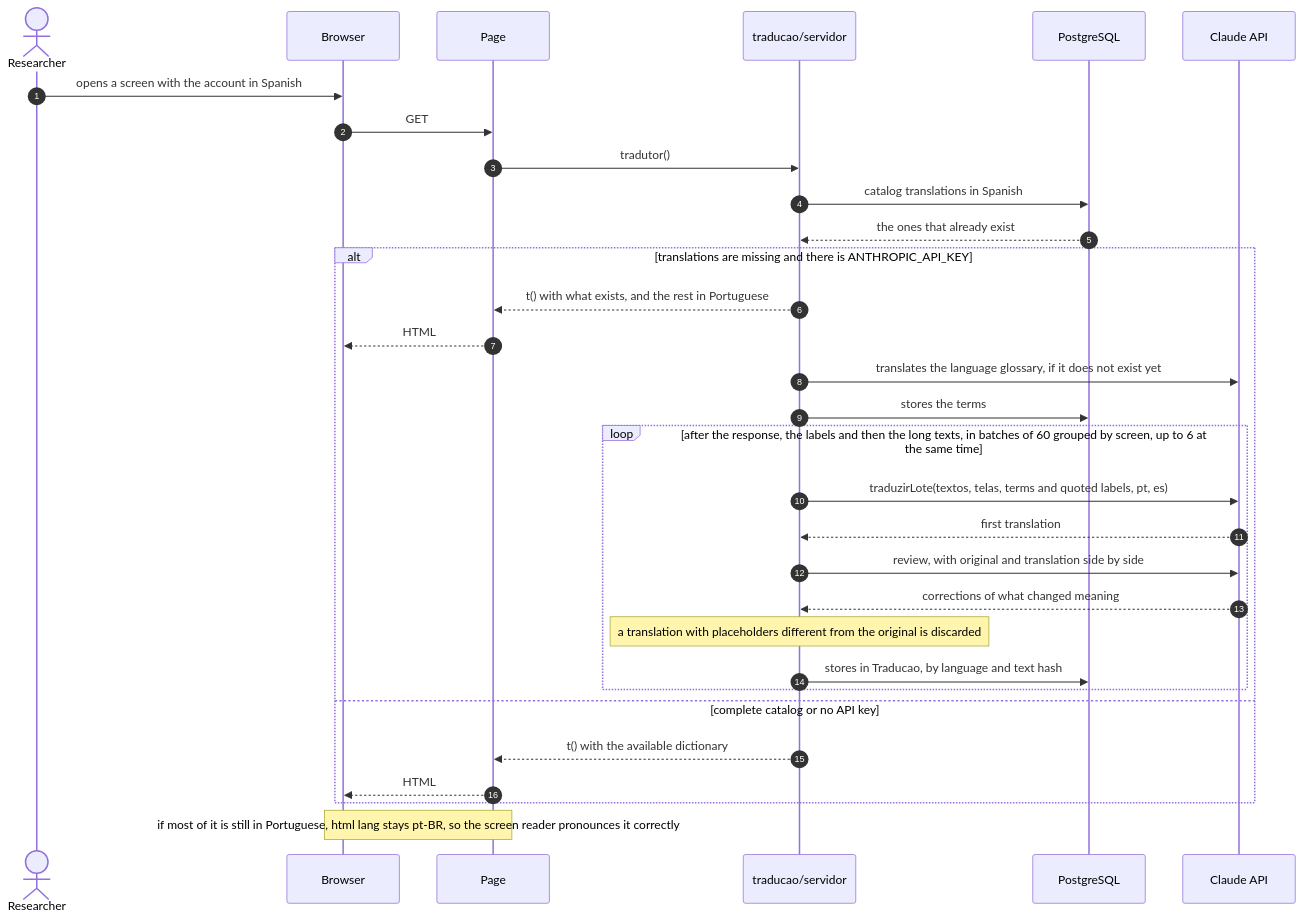
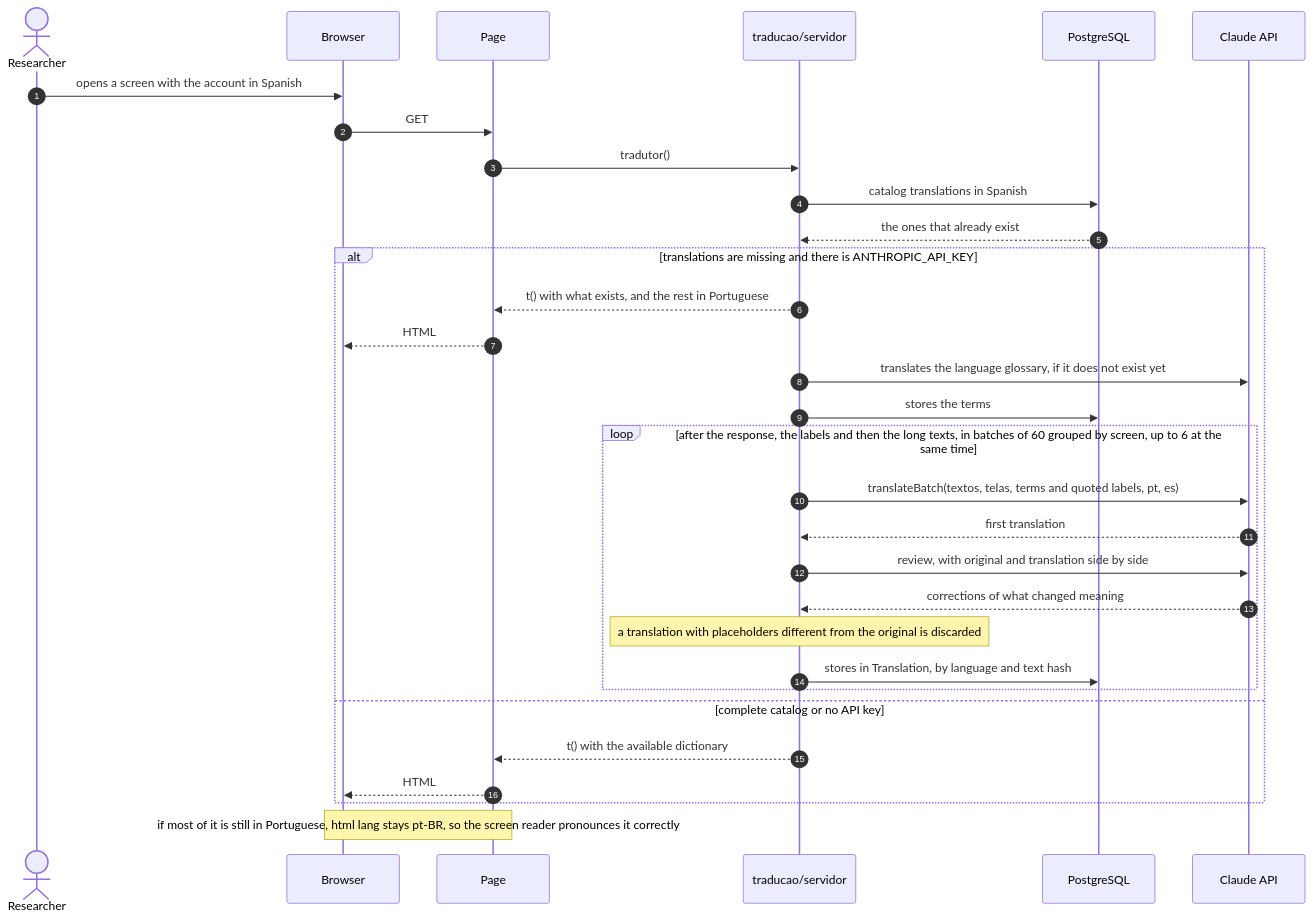
Before and after one commit to gabrielfjm/ueq_form_ihc: the eighth of 8 diagrams in docs/documentacao/diagramas-de-sequencia.md, drawn with Mermaid. The commit also changed other lines of this file and 50 other files, not shown here.

First line of the commit message:
deixa os diagramas inteiramente em inglês, também nos nomes das classes, tabelas e estados

````diff
--- a/docs/documentacao/diagramas-de-sequencia.md
+++ b/docs/documentacao/diagramas-de-sequencia.md
@@ -359,34 +359,34 @@
 ```mermaid
 sequenceDiagram
     autonumber
     actor Pesq as Researcher
     participant Nav as Browser
     participant Pag as Page
     participant Trad as traducao/servidor
     participant BD as PostgreSQL
     participant Claude as Claude API
 
     Pesq->>Nav: opens a screen with the account in Spanish
     Nav->>Pag: GET
     Pag->>Trad: tradutor()
     Trad->>BD: catalog translations in Spanish
     BD-->>Trad: the ones that already exist
     alt translations are missing and there is ANTHROPIC_API_KEY
         Trad-->>Pag: t() with what exists, and the rest in Portuguese
         Pag-->>Nav: HTML
         Trad->>Claude: translates the language glossary, if it does not exist yet
         Trad->>BD: stores the terms
         loop after the response, the labels and then the long texts, in batches of 60 grouped by screen, up to 6 at the same time
-            Trad->>Claude: traduzirLote(textos, telas, terms and quoted labels, pt, es)
+            Trad->>Claude: translateBatch(textos, telas, terms and quoted labels, pt, es)
             Claude-->>Trad: first translation
             Trad->>Claude: review, with original and translation side by side
             Claude-->>Trad: corrections of what changed meaning
             Note over Trad: a translation with placeholders different from the original is discarded
-            Trad->>BD: stores in Traducao, by language and text hash
+            Trad->>BD: stores in Translation, by language and text hash
         end
     else complete catalog or no API key
         Trad-->>Pag: t() with the available dictionary
         Pag-->>Nav: HTML
     end
     Note over Pag,Nav: if most of it is still in Portuguese, html lang stays pt-BR, so the screen reader pronounces it correctly
 ```
````
